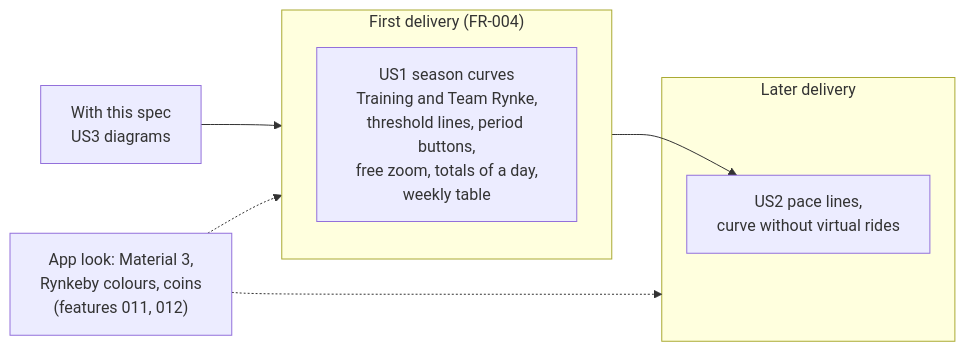
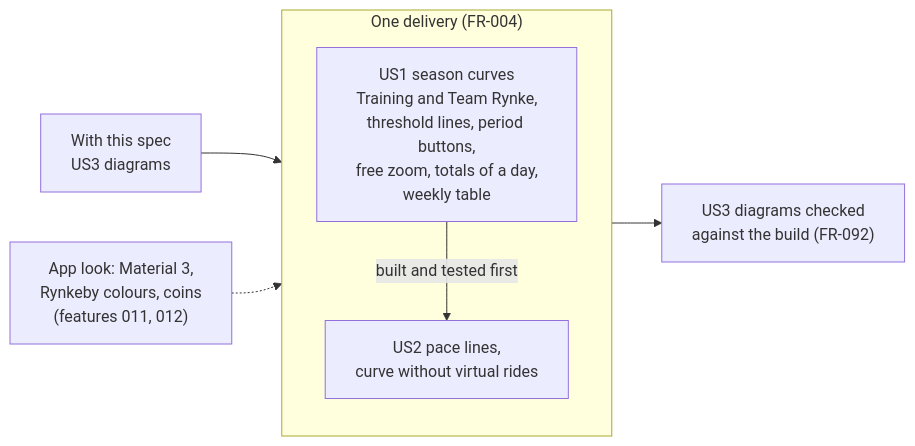
The first of 9 diagrams in specs/009-rider-progress-charts/spec.md (SaSteffen/RynkePoints), drawn with Mermaid before and after one commit. The commit also changed other lines of this file and 6 other files, not shown here.

````diff
--- a/specs/009-rider-progress-charts/spec.md
+++ b/specs/009-rider-progress-charts/spec.md
@@ -643,15 +644,13 @@
 ```mermaid
 flowchart LR
     spec["With this spec<br/>US3 diagrams"] --> d1
 
-    subgraph d1["First delivery (FR-004)"]
+    subgraph d1["One delivery (FR-004)"]
         us1["US1 season curves<br/>Training and Team Rynke,<br/>threshold lines, period buttons,<br/>free zoom, totals of a day,<br/>weekly table"]
+        us2["US2 pace lines,<br/>curve without virtual rides"]
+        us1 -->|"built and tested first"| us2
     end
 
-    subgraph later["Later delivery"]
-        us2["US2 pace lines,<br/>curve without virtual rides"]
-    end
-
-    d1 --> us2
-    look["App look: Material 3,<br/>Rynkeby colours, coins<br/>(features 011, 012)"] -.-> d1 & later
+    d1 --> check["US3 diagrams checked<br/>against the build (FR-092)"]
+    look["App look: Material 3,<br/>Rynkeby colours, coins<br/>(features 011, 012)"] -.-> d1
 ```
````
